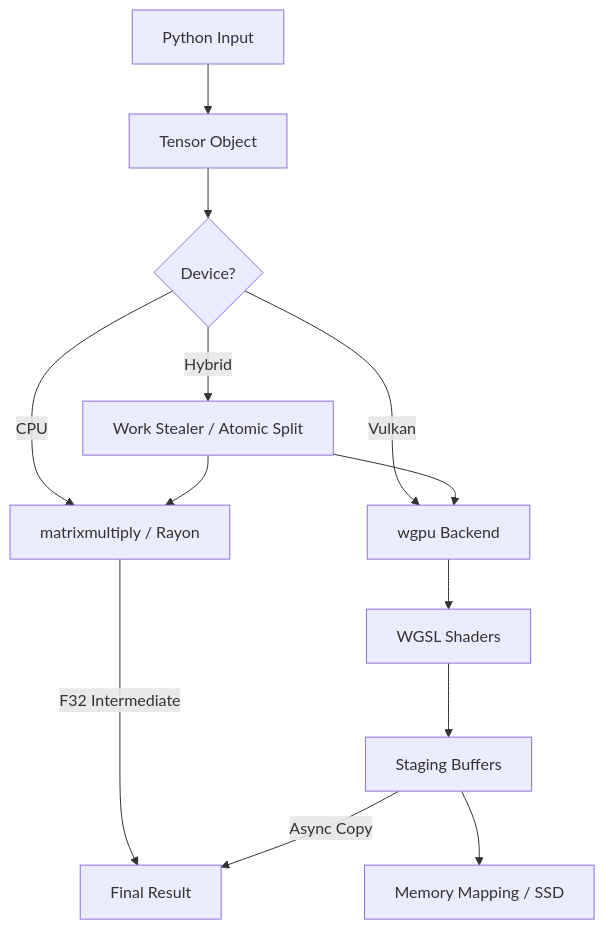
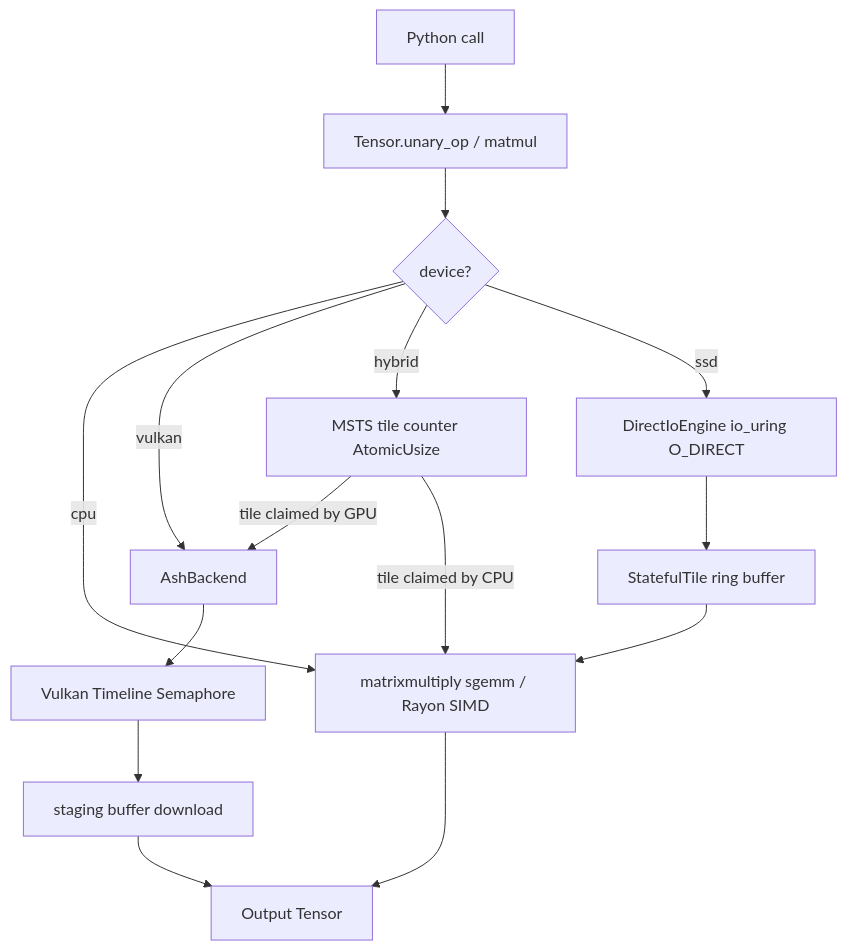
The diagram in docs/architecture.md (slavek-is-hyperreal/OxTorch), drawn with Mermaid before and after one commit. The commit also changed other lines of this file and 5 other files, not shown here.

````diff
--- a/docs/architecture.md
+++ b/docs/architecture.md
@@ -51,15 +136,17 @@
 ```mermaid
 graph TD
-    A[Python Input] --> B[Tensor Object]
-    B --> C{Device?}
-    C -- CPU --> D[matrixmultiply / Rayon]
-    C -- Vulkan --> E[wgpu Backend]
-    C -- Hybrid --> F[Work Stealer / Atomic Split]
-    F --> D
-    F --> E
-    E --> G[WGSL Shaders]
-    G --> H[Staging Buffers]
-    H --> I[Memory Mapping / SSD]
-    D -- F32 Intermediate --> J[Final Result]
-    H -- Async Copy --> J
+    A[Python call] --> B[Tensor.unary_op / matmul]
+    B --> C{device?}
+    C -- cpu --> D[matrixmultiply sgemm / Rayon SIMD]
+    C -- vulkan --> E[AshBackend]
+    C -- hybrid --> F[MSTS tile counter AtomicUsize]
+    F -- tile claimed by GPU --> E
+    F -- tile claimed by CPU --> D
+    C -- ssd --> G[DirectIoEngine io_uring O_DIRECT]
+    G --> H[StatefulTile ring buffer]
+    H --> D
+    E --> I[Vulkan Timeline Semaphore]
+    I --> J[staging buffer download]
+    D --> K[Output Tensor]
+    J --> K
 ```
````
